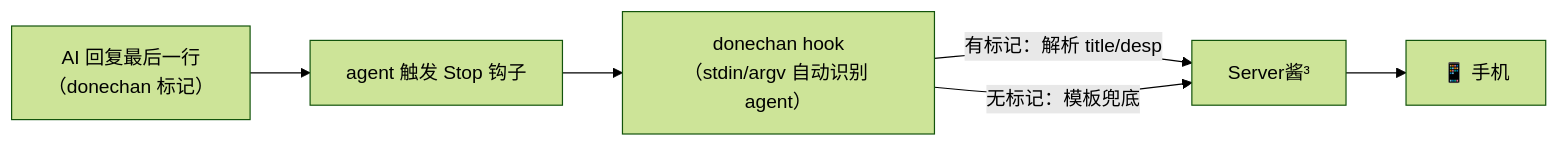
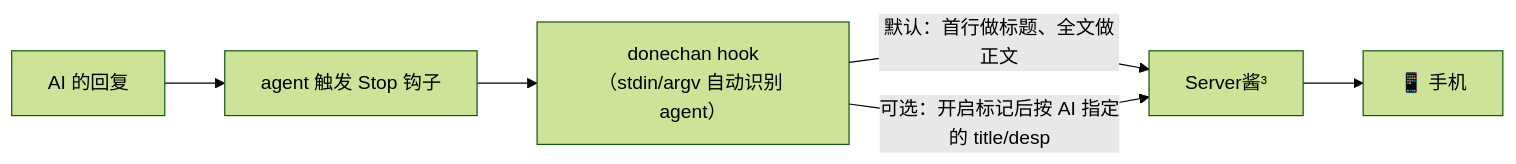
One commit to SnowSwordScholar/DoneChan changed the diagram in README.md. Above: the diagram before and after it, drawn with Mermaid (forest theme). The commit also changed other lines of this file and 7 other files, not shown here.

````diff
--- a/README.md
+++ b/README.md
@@ -31,12 +31,12 @@
 ```mermaid
 flowchart LR
-    A["AI 回复最后一行<br/>（donechan 标记）"]
+    A["AI 的回复"]
     B["agent 触发 Stop 钩子"]
     C["donechan hook<br/>（stdin/argv 自动识别 agent）"]
     D["Server酱³"]
     E["📱 手机"]
     A --> B --> C
-    C -->|"有标记：解析 title/desp"| D
-    C -->|"无标记：模板兜底"| D
+    C -->|"默认：首行做标题、全文做正文"| D
+    C -->|"可选：开启标记后按 AI 指定的 title/desp"| D
     D --> E
 ```
````
